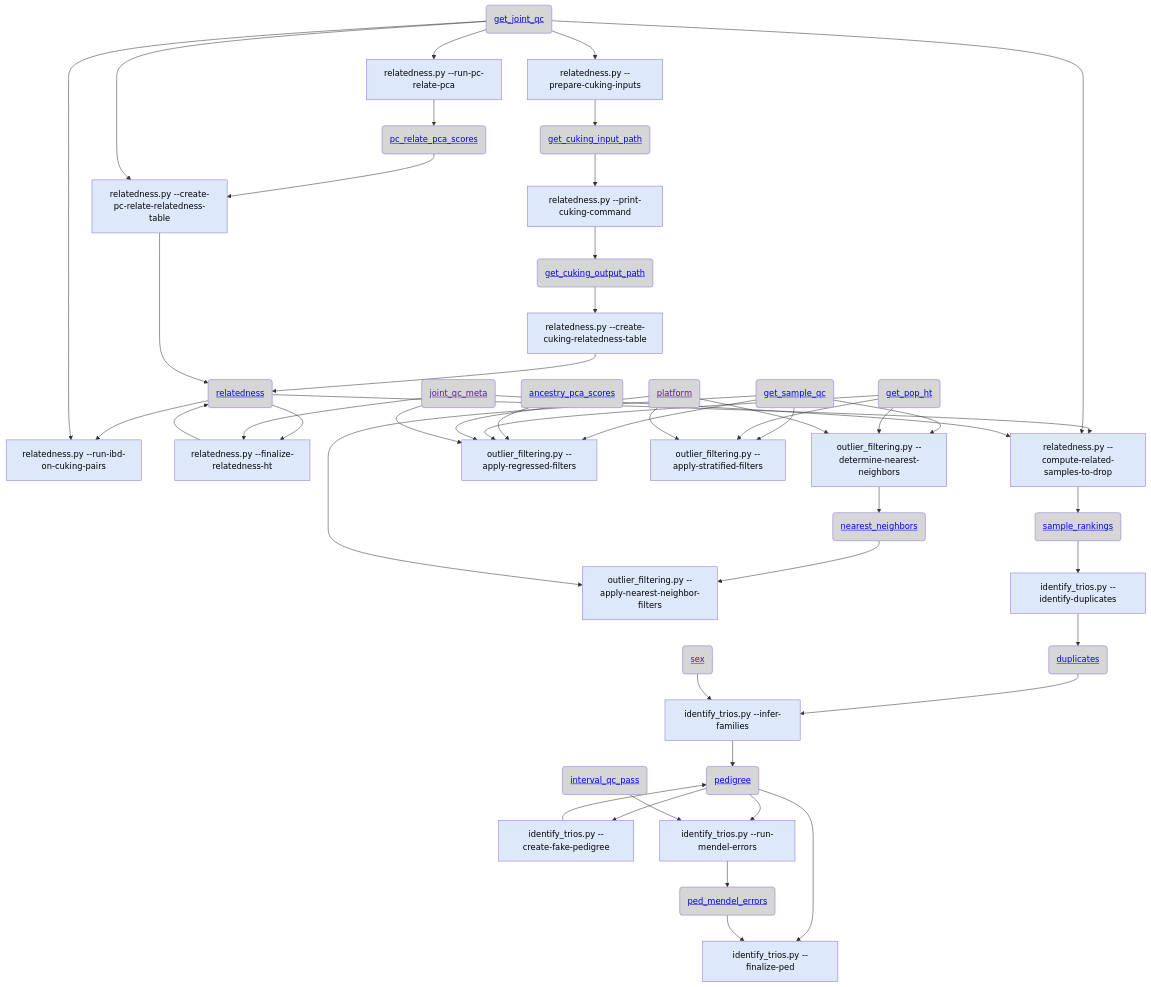
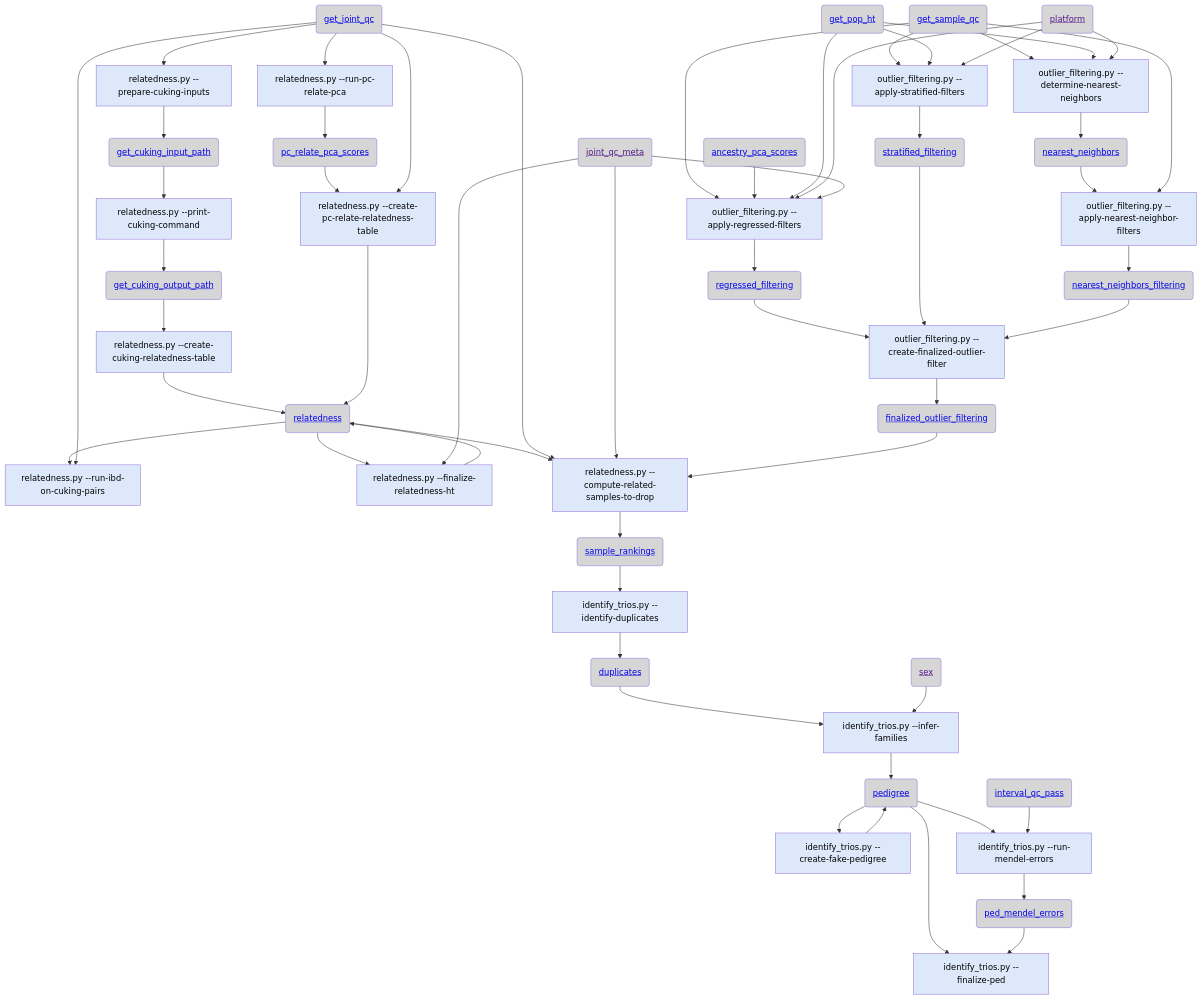
One commit to broadinstitute/gnomad_qc changed the first of 4 diagrams in gnomad_qc/v4/sample_qc/README.md. Above: the diagram before and after it, drawn with Mermaid. The commit also changed other lines of this file and 3 other files, not shown here.

```diff
--- a/gnomad_qc/v4/sample_qc/README.md
+++ b/gnomad_qc/v4/sample_qc/README.md
@@ -8,6 +8,7 @@
   classDef hail_color fill:#FAEACE,color:#000000
   classDef resource_color fill:#D6D6D6,color:#000000
   classDef validity_check_color fill:#2C5D4A,color:#000000
+
   resource_get_joint_qc("<a href='https://github.com/broadinstitute/gnomad_qc/tree/main/gnomad_qc/v4/resources/sample_qc.py#L388'>get_joint_qc</a>"):::resource_color;
   step_prepare_cuking_inputs["relatedness.py --prepare-cuking-inputs"]:::step_color;
   resource_get_cuking_input_path("<a href='https://github.com/broadinstitute/gnomad_qc/tree/main/gnomad_qc/v4/resources/sample_qc.py#L423'>get_cuking_input_path</a>"):::resource_color;
@@ -16,10 +17,12 @@
   step_create_cuking_relatedness_table["relatedness.py --create-cuking-relatedness-table"]:::step_color;
   resource_relatedness("<a href='https://github.com/broadinstitute/gnomad_qc/tree/main/gnomad_qc/v4/resources/sample_qc.py#L473'>relatedness</a>"):::resource_color;
   step_run_ibd_on_cuking_pairs["relatedness.py --run-ibd-on-cuking-pairs"]:::step_color;
-  step_create_pc_relate_relatedness_table["relatedness.py --create-pc-relate-relatedness-table"]:::step_color;
   step_finalize_relatedness_ht["relatedness.py --finalize-relatedness-ht"]:::step_color;
   resource_joint_qc_meta("<a href=''>joint_qc_meta</a>"):::resource_color;
+  step_create_pc_relate_relatedness_table["relatedness.py --create-pc-relate-relatedness-table"]:::step_color;
   step_compute_related_samples_to_drop["relatedness.py --compute-related-samples-to-drop"]:::step_color;
+  step_create_finalized_outlier_filter["outlier_filtering.py --create-finalized-outlier-filter"]:::step_color;
+  resource_finalized_outlier_filtering("<a href='https://github.com/broadinstitute/gnomad_qc/tree/main/gnomad_qc/v4/resources/sample_qc.py#L874'>finalized_outlier_filtering</a>"):::resource_color;
   step_run_pc_relate_pca["relatedness.py --run-pc-relate-pca"]:::step_color;
   resource_pc_relate_pca_scores("<a href='https://github.com/broadinstitute/gnomad_qc/tree/main/gnomad_qc/v4/resources/sample_qc.py#L455'>pc_relate_pca_scores</a>"):::resource_color;
   resource_get_sample_qc("<a href='https://github.com/broadinstitute/gnomad_qc/tree/main/gnomad_qc/v4/resources/sample_qc.py#L44'>get_sample_qc</a>"):::resource_color;
@@ -27,10 +30,13 @@
   resource_ancestry_pca_scores("<a href='https://github.com/broadinstitute/gnomad_qc/tree/main/gnomad_qc/v4/resources/sample_qc.py#L624'>ancestry_pca_scores</a>"):::resource_color;
   resource_get_pop_ht("<a href='https://github.com/broadinstitute/gnomad_qc/tree/main/gnomad_qc/v4/resources/sample_qc.py#L698'>get_pop_ht</a>"):::resource_color;
   resource_platform("<a href=''>platform</a>"):::resource_color;
+  resource_regressed_filtering("<a href='https://github.com/broadinstitute/gnomad_qc/tree/main/gnomad_qc/v4/resources/sample_qc.py#L780'>regressed_filtering</a>"):::resource_color;
   step_apply_stratified_filters["outlier_filtering.py --apply-stratified-filters"]:::step_color;
+  resource_stratified_filtering("<a href='https://github.com/broadinstitute/gnomad_qc/tree/main/gnomad_qc/v4/resources/sample_qc.py#L749'>stratified_filtering</a>"):::resource_color;
+  step_apply_nearest_neighbor_filters["outlier_filtering.py --apply-nearest-neighbor-filters"]:::step_color;
+  resource_nearest_neighbors_filtering("<a href='https://github.com/broadinstitute/gnomad_qc/tree/main/gnomad_qc/v4/resources/sample_qc.py#L856'>nearest_neighbors_filtering</a>"):::resource_color;
   step_determine_nearest_neighbors["outlier_filtering.py --determine-nearest-neighbors"]:::step_color;
   resource_nearest_neighbors("<a href='https://github.com/broadinstitute/gnomad_qc/tree/main/gnomad_qc/v4/resources/sample_qc.py#L820'>nearest_neighbors</a>"):::resource_color;
-  step_apply_nearest_neighbor_filters["outlier_filtering.py --apply-nearest-neighbor-filters"]:::step_color;
   resource_sample_rankings("<a href='https://github.com/broadinstitute/gnomad_qc/tree/main/gnomad_qc/v4/resources/sample_qc.py#L547'>sample_rankings</a>"):::resource_color;
   step_identify_duplicates["identify_trios.py --identify-duplicates"]:::step_color;
   resource_duplicates("<a href='https://github.com/broadinstitute/gnomad_qc/tree/main/gnomad_qc/v4/resources/sample_qc.py#L895'>duplicates</a>"):::resource_color;
@@ -41,7 +47,8 @@
   step_run_mendel_errors["identify_trios.py --run-mendel-errors"]:::step_color;
   resource_interval_qc_pass("<a href='https://github.com/broadinstitute/gnomad_qc/tree/main/gnomad_qc/v4/resources/sample_qc.py#L306'>interval_qc_pass</a>"):::resource_color;
   step_finalize_ped["identify_trios.py --finalize-ped"]:::step_color;
-  resource_ped_mendel_errors("<a href='https://github.com/broadinstitute/gnomad_qc/tree/main/gnomad_qc/v4/resources/sample_qc.py#L966'>ped_mendel_errors</a>"):::resource_color;  resource_get_joint_qc --> step_prepare_cuking_inputs;
+  resource_ped_mendel_errors("<a href='https://github.com/broadinstitute/gnomad_qc/tree/main/gnomad_qc/v4/resources/sample_qc.py#L966'>ped_mendel_errors</a>"):::resource_color;
+  resource_get_joint_qc --> step_prepare_cuking_inputs;
   step_prepare_cuking_inputs --> resource_get_cuking_input_path;
   resource_get_cuking_input_path --> step_print_cuking_command;
   step_print_cuking_command --> resource_get_cuking_output_path;
@@ -49,13 +56,15 @@
   step_create_cuking_relatedness_table --> resource_relatedness;
   resource_relatedness --> step_run_ibd_on_cuking_pairs;
   resource_get_joint_qc --> step_run_ibd_on_cuking_pairs;
-  step_create_pc_relate_relatedness_table --> resource_relatedness;
   resource_relatedness --> step_finalize_relatedness_ht;
   resource_joint_qc_meta --> step_finalize_relatedness_ht;
+  step_create_pc_relate_relatedness_table --> resource_relatedness;
   step_finalize_relatedness_ht --> resource_relatedness;
   resource_relatedness --> step_compute_related_samples_to_drop;
   resource_get_joint_qc --> step_compute_related_samples_to_drop;
   resource_joint_qc_meta --> step_compute_related_samples_to_drop;
+  step_create_finalized_outlier_filter --> resource_finalized_outlier_filtering;
+  resource_finalized_outlier_filtering --> step_compute_related_samples_to_drop;
   resource_get_joint_qc --> step_run_pc_relate_pca;
   step_run_pc_relate_pca --> resource_pc_relate_pca_scores;
   resource_pc_relate_pca_scores --> step_create_pc_relate_relatedness_table;
@@ -65,6 +74,12 @@
   resource_get_pop_ht --> step_apply_regressed_filters;
   resource_platform --> step_apply_regressed_filters;
   resource_joint_qc_meta --> step_apply_regressed_filters;
+  step_apply_regressed_filters --> resource_regressed_filtering;
+  resource_regressed_filtering --> step_create_finalized_outlier_filter;
+  step_apply_stratified_filters --> resource_stratified_filtering;
+  resource_stratified_filtering --> step_create_finalized_outlier_filter;
+  step_apply_nearest_neighbor_filters --> resource_nearest_neighbors_filtering;
+  resource_nearest_neighbors_filtering --> step_create_finalized_outlier_filter;
   resource_get_sample_qc --> step_apply_stratified_filters;
   resource_get_pop_ht --> step_apply_stratified_filters;
   resource_platform --> step_apply_stratified_filters;
```
